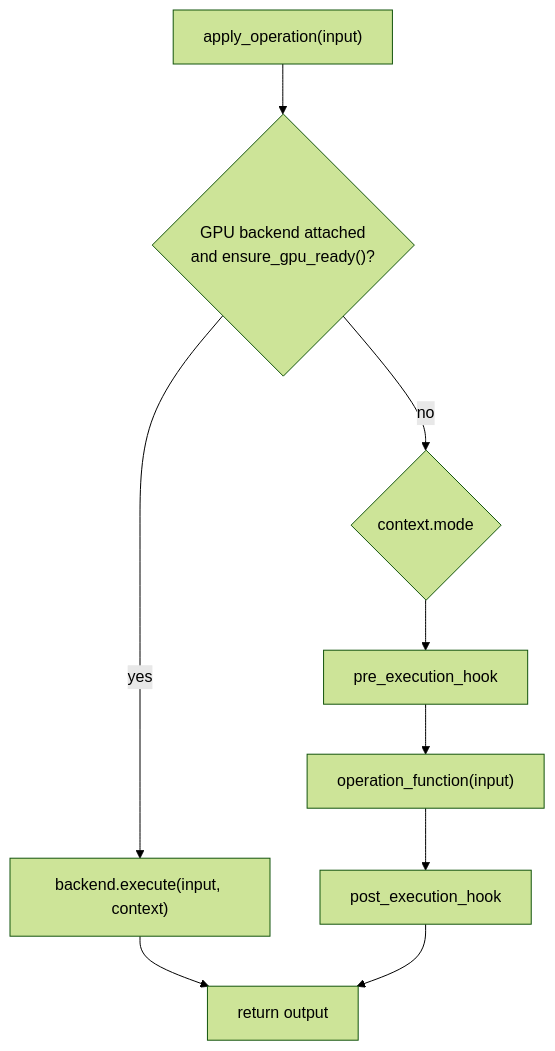
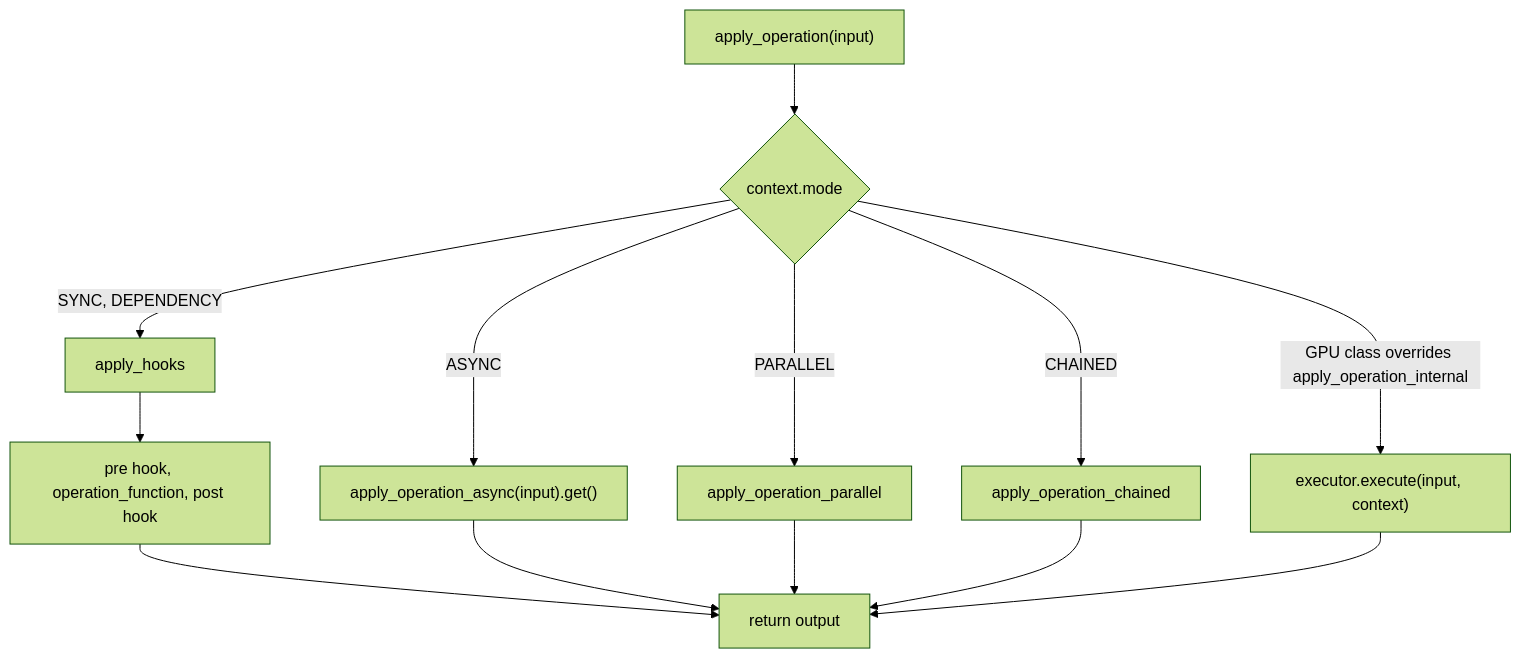
The eighth of 14 diagrams in docs/GPGPU-Guide.md (MayaFlux/MayaFlux), drawn with Mermaid (forest theme) before and after one commit. The commit also changed other lines of this file and 3 other files, not shown here.

````diff
--- a/docs/GPGPU-Guide.md
+++ b/docs/GPGPU-Guide.md
@@ -533,11 +626,15 @@
 ```mermaid
 flowchart TD
-    A["apply_operation(input)"] --> B{"GPU backend attached<br/>and ensure_gpu_ready()?"}
-    B -- yes --> GPU["backend.execute(input, context)"]
-    B -- no --> M{"context.mode"}
-    M --> H1["pre_execution_hook"]
-    H1 --> CPU["operation_function(input)"]
-    CPU --> H2["post_execution_hook"]
-    GPU --> R["return output"]
-    H2 --> R
+    A["apply_operation(input)"] --> M{"context.mode"}
+    M -- "SYNC, DEPENDENCY" --> H1["apply_hooks"]
+    H1 --> CPU["pre hook, operation_function, post hook"]
+    M -- "ASYNC" --> AS["apply_operation_async(input).get()"]
+    M -- "PARALLEL" --> PA["apply_operation_parallel"]
+    M -- "CHAINED" --> CH["apply_operation_chained"]
+    M -- "GPU class overrides apply_operation_internal" --> GPU["executor.execute(input, context)"]
+    CPU --> R["return output"]
+    AS --> R
+    PA --> R
+    CH --> R
+    GPU --> R
 ```
````
